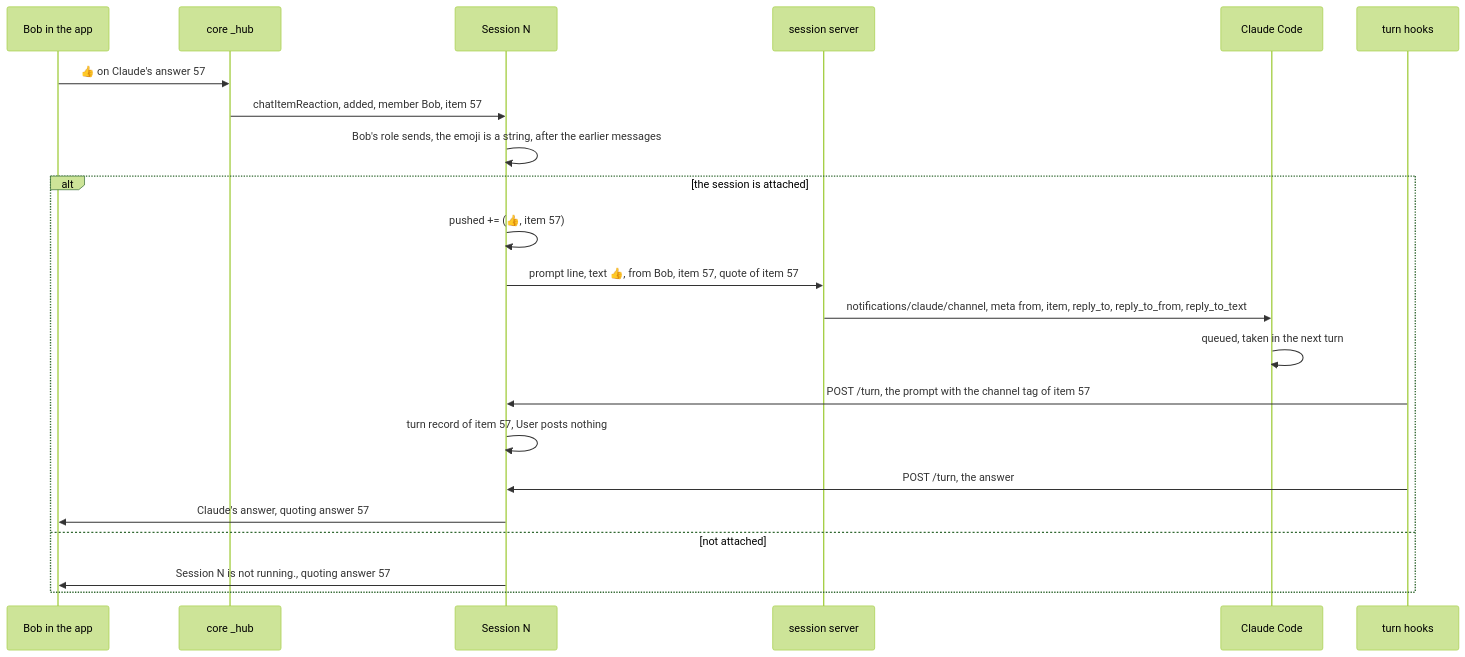
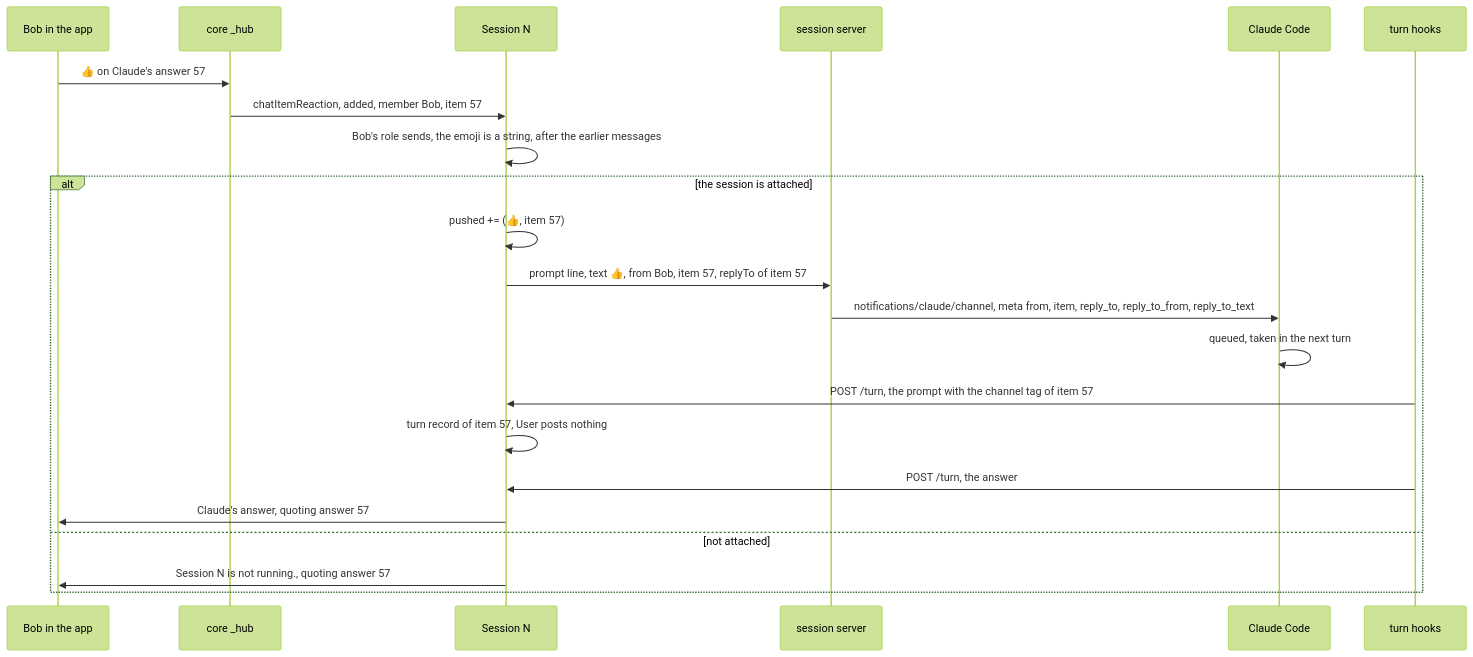
Before and after one commit to simplex-chat/simplex-chat: the first of 4 diagrams in plans/2026-11-12-mcp-reactions.md, drawn with Mermaid (forest theme). The commit also changed other lines of this file, not shown here.

Commit message:
plan: mcp-reactions, ReplyTo names of mcp-replies

````diff
--- a/plans/2026-11-12-mcp-reactions.md
+++ b/plans/2026-11-12-mcp-reactions.md
@@ -84,24 +84,24 @@
 ```mermaid
 sequenceDiagram
   participant B as Bob in the app
   participant C as core _hub
   participant N as Session N
   participant S as session server
   participant CC as Claude Code
   participant HK as turn hooks
   B->>C: 👍 on Claude's answer 57
   C->>N: chatItemReaction, added, member Bob, item 57
   N->>N: Bob's role sends, the emoji is a string, after the earlier messages
   alt the session is attached
     N->>N: pushed += (👍, item 57)
-    N->>S: prompt line, text 👍, from Bob, item 57, quote of item 57
+    N->>S: prompt line, text 👍, from Bob, item 57, replyTo of item 57
     S->>CC: notifications/claude/channel, meta from, item, reply_to, reply_to_from, reply_to_text
     CC->>CC: queued, taken in the next turn
     HK->>N: POST /turn, the prompt with the channel tag of item 57
     N->>N: turn record of item 57, User posts nothing
     HK->>N: POST /turn, the answer
     N->>B: Claude's answer, quoting answer 57
   else not attached
     N->>B: Session N is not running., quoting answer 57
   end
 ```
````
